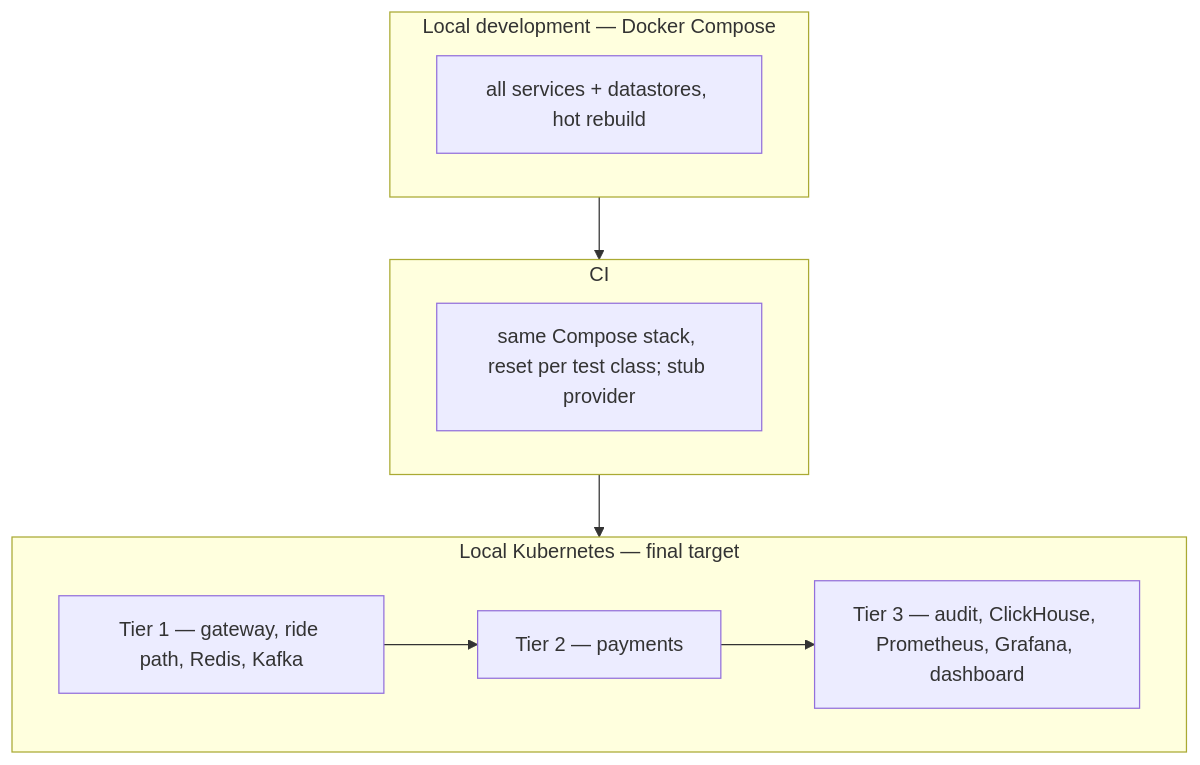
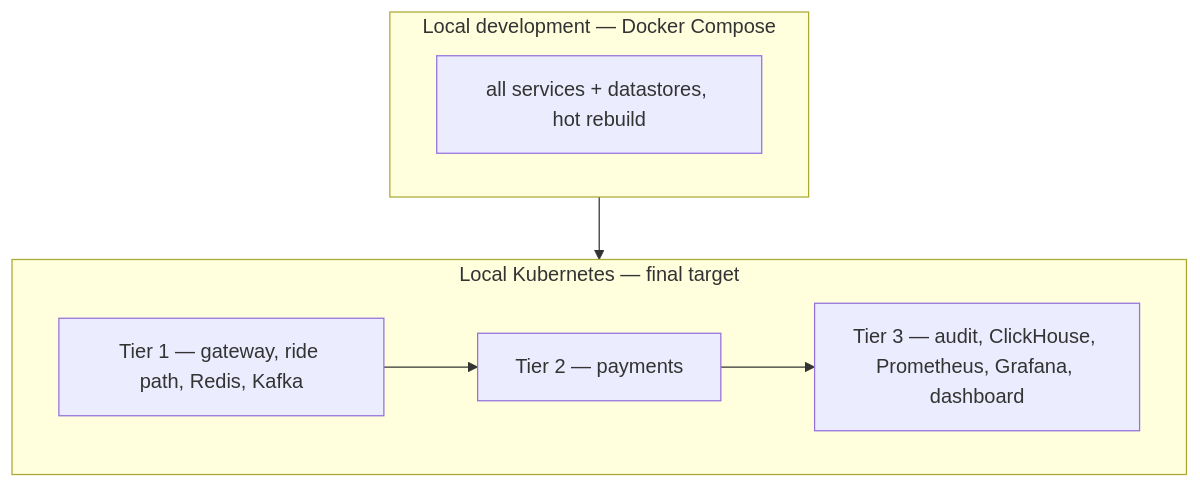
One commit to paulinxe/puber changed the fourth of 4 diagrams in _bmad-output/planning-artifacts/architecture/architecture-puber-2026-08-03/ARCHITECTURE-SPINE.md. Above: the diagram before and after it, drawn with Mermaid. The commit also changed other lines of this file and 17 other files, not shown here.

````diff
--- a/_bmad-output/planning-artifacts/architecture/architecture-puber-2026-08-03/ARCHITECTURE-SPINE.md
+++ b/_bmad-output/planning-artifacts/architecture/architecture-puber-2026-08-03/ARCHITECTURE-SPINE.md
@@ -530,16 +548,13 @@
 ```mermaid
 graph TB
   subgraph LOCAL["Local development — Docker Compose"]
     LC["all services + datastores, hot rebuild"]
-  end
-  subgraph CI["CI"]
-    CT["same Compose stack, reset per test class; stub provider"]
   end
   subgraph K8S["Local Kubernetes — final target"]
     T1["Tier 1 — gateway, ride path, Redis, Kafka"]
     T2["Tier 2 — payments"]
     T3["Tier 3 — audit, ClickHouse, Prometheus, Grafana, dashboard"]
   end
-  LOCAL --> CI --> K8S
+  LOCAL --> K8S
   T1 --> T2 --> T3
 ```
````
